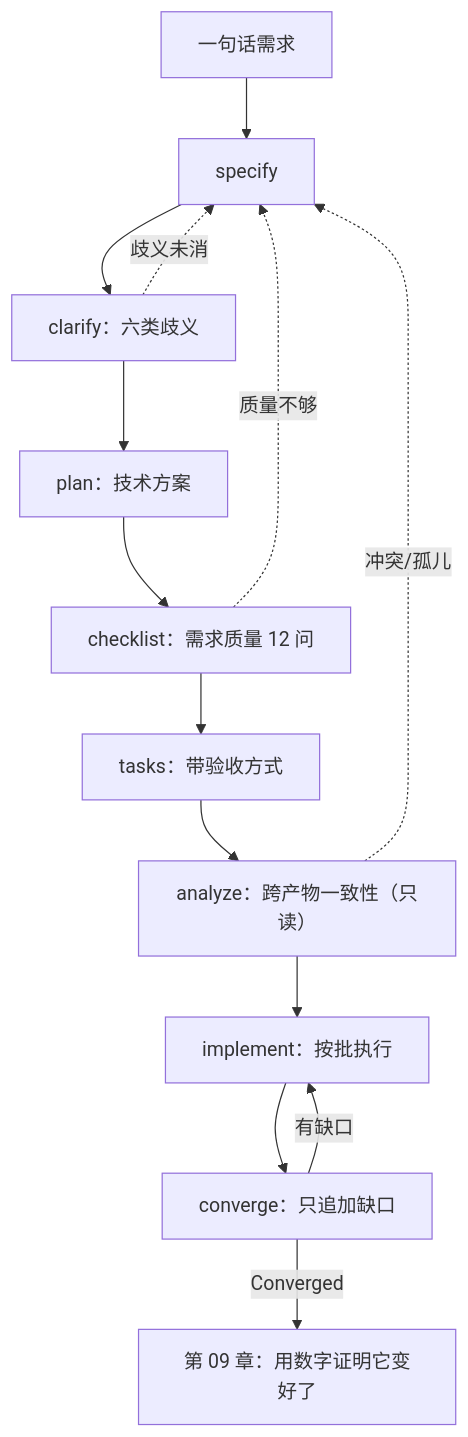
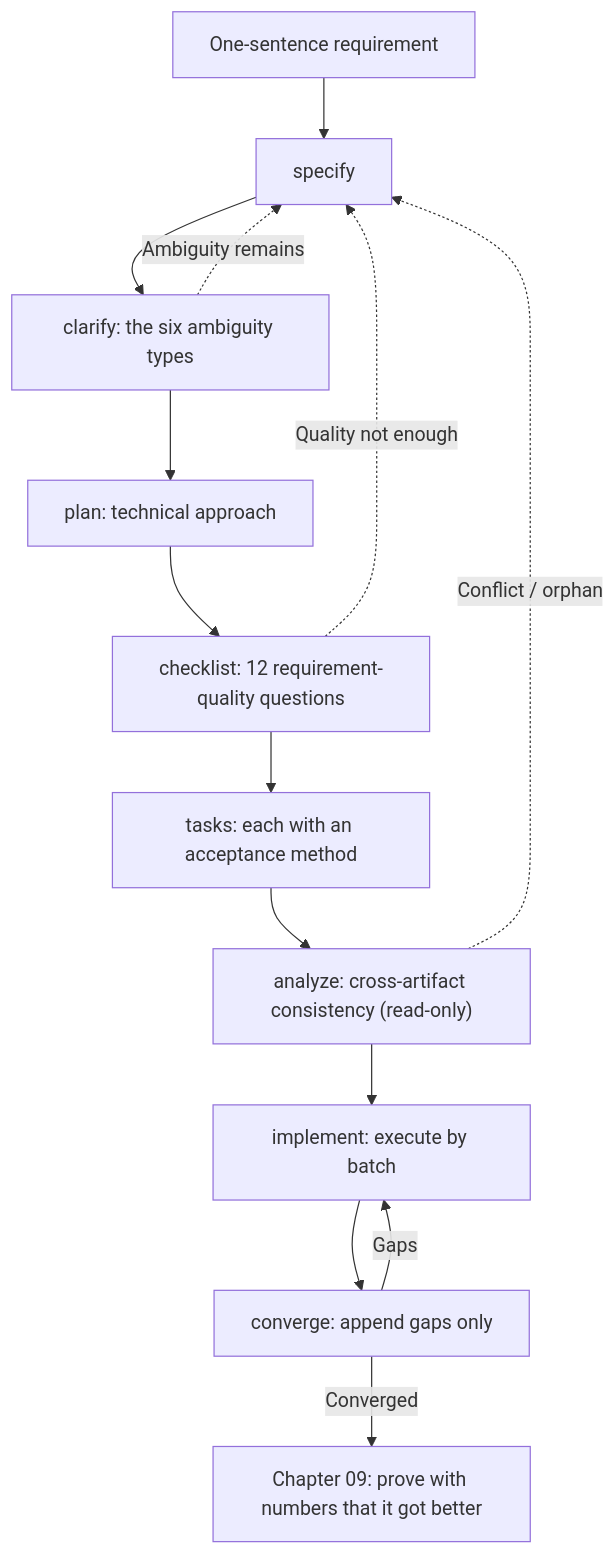
The third of 3 diagrams in phase2/chapters/ch08-pipeline.md (xzlxiao/vibe-coding-textbook), drawn with Mermaid before and after one commit. The commit also changed other lines of this file and 15 other files, not shown here.

````diff
--- a/phase2/chapters/ch08-pipeline.md
+++ b/phase2/chapters/ch08-pipeline.md
@@ -241,16 +241,16 @@
 ```mermaid
 flowchart TD
-    A["一句话需求"] --> B["specify"]
-    B --> C["clarify：六类歧义"]
-    C --> D["plan：技术方案"]
-    D --> E["checklist：需求质量 12 问"]
-    E --> F["tasks：带验收方式"]
-    F --> G["analyze：跨产物一致性（只读）"]
-    G --> H["implement：按批执行"]
-    H --> I["converge：只追加缺口"]
-    I -->|"有缺口"| H
-    I -->|"Converged"| J["第 09 章：用数字证明它变好了"]
-    C -.->|"歧义未消"| B
-    E -.->|"质量不够"| B
-    G -.->|"冲突/孤儿"| B
+    A["One-sentence requirement"] --> B["specify"]
+    B --> C["clarify: the six ambiguity types"]
+    C --> D["plan: technical approach"]
+    D --> E["checklist: 12 requirement-quality questions"]
+    E --> F["tasks: each with an acceptance method"]
+    F --> G["analyze: cross-artifact consistency (read-only)"]
+    G --> H["implement: execute by batch"]
+    H --> I["converge: append gaps only"]
+    I -->|"Gaps"| H
+    I -->|"Converged"| J["Chapter 09: prove with numbers that it got better"]
+    C -.->|"Ambiguity remains"| B
+    E -.->|"Quality not enough"| B
+    G -.->|"Conflict / orphan"| B
 ```
````
